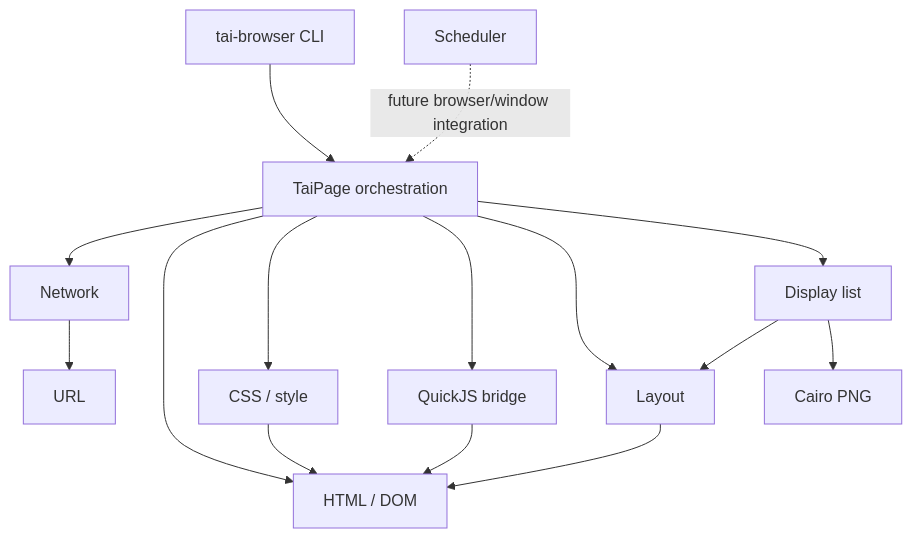
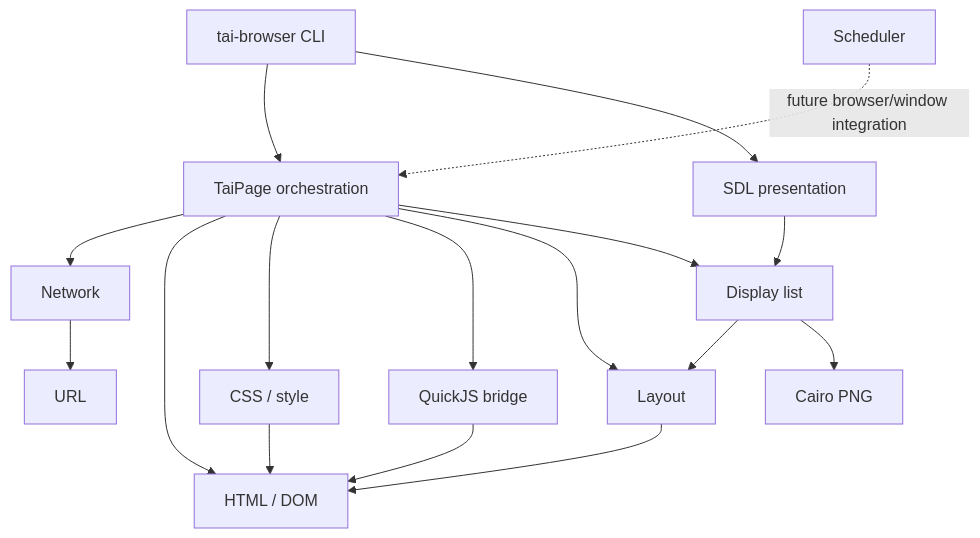
One commit to paulboul1013/tai_ci changed the diagram in ARCHITECTURE.md. Above: the diagram before and after it, drawn with Mermaid. The commit also changed other lines of this file and 18 other files, not shown here.

Commit message:
Add SDL window presentation and resize relayout

````diff
--- a/ARCHITECTURE.md
+++ b/ARCHITECTURE.md
@@ -71,17 +72,19 @@
 ```mermaid
 graph TD
   CLI[tai-browser CLI] --> Page[TaiPage orchestration]
   Page --> Network[Network]
   Page --> DOM[HTML / DOM]
   Page --> CSS[CSS / style]
   Page --> JS[QuickJS bridge]
   Page --> Layout[Layout]
   Page --> Display[Display list]
   Network --> URL[URL]
   CSS --> DOM
   JS --> DOM
   Layout --> DOM
   Display --> Layout
   Display --> Cairo[Cairo PNG]
+  CLI --> Window[SDL presentation]
+  Window --> Display
   Scheduler[Scheduler] -. future browser/window integration .-> Page
 ```
````
